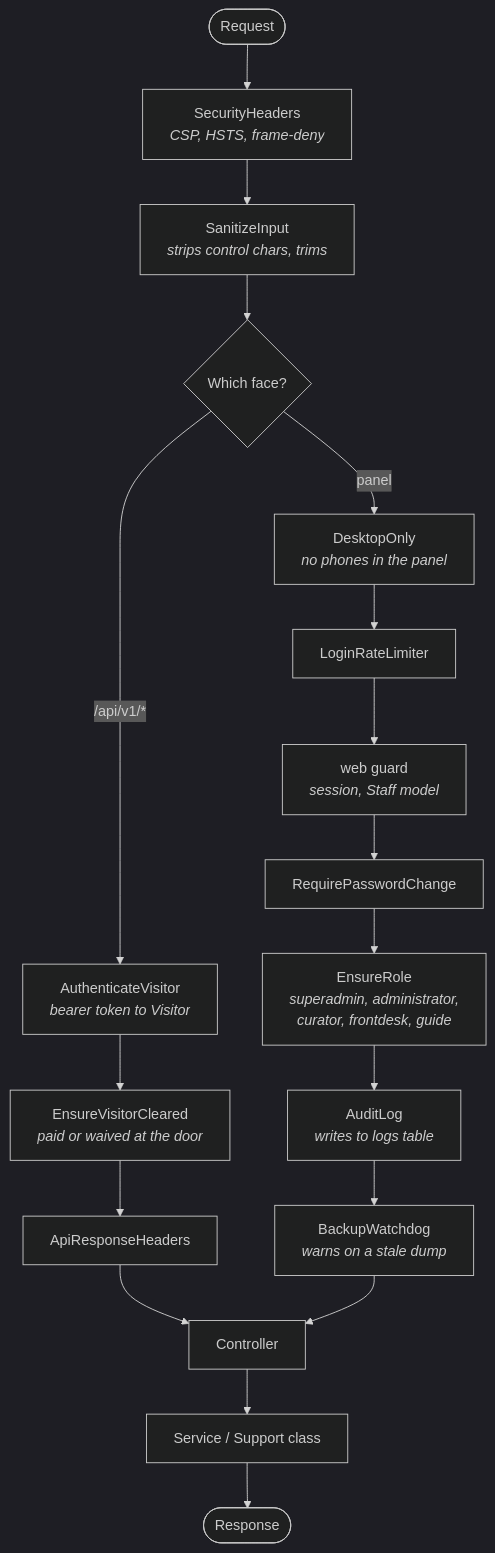
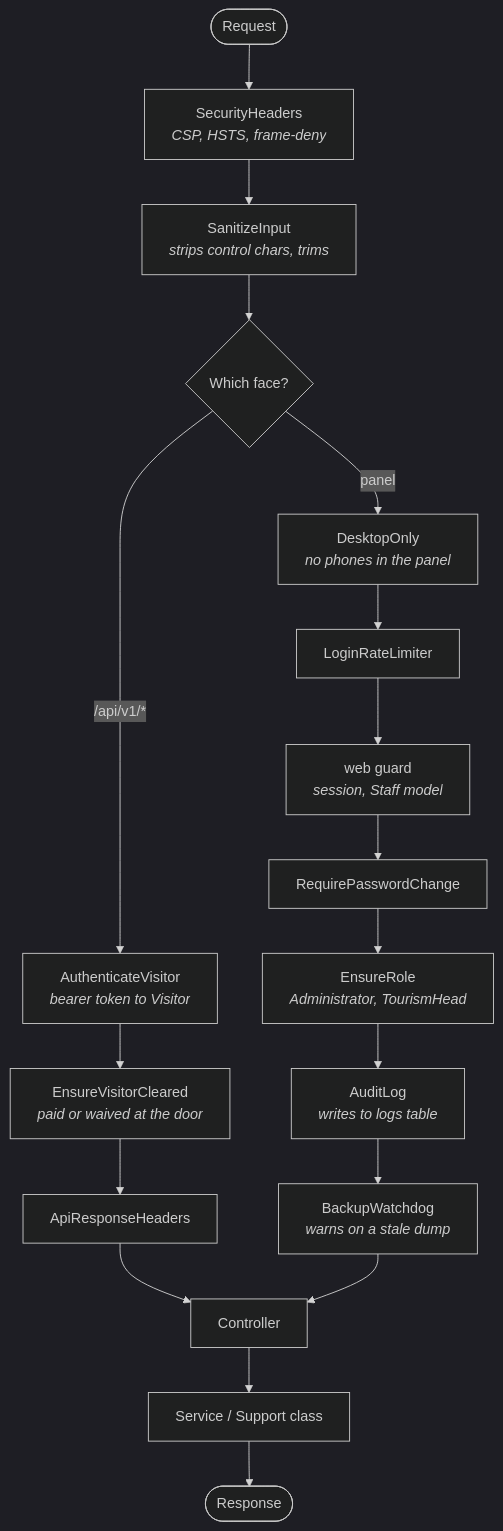
One commit to chyscre/museobaler changed the third of 7 diagrams in docs/ARCHITECTURE.md. Above: the diagram before and after it, drawn with Mermaid (dark theme). The commit also changed other lines of this file and 37 other files, not shown here.

````diff
--- a/docs/ARCHITECTURE.md
+++ b/docs/ARCHITECTURE.md
@@ -96,23 +94,23 @@
 ```mermaid
 flowchart TB
     req(["Request"]) --> headers["SecurityHeaders<br/><i>CSP, HSTS, frame-deny</i>"]
     headers --> sanitize["SanitizeInput<br/><i>strips control chars, trims</i>"]
     sanitize --> fork{"Which face?"}
 
     fork -->|"/api/v1/*"| vauth["AuthenticateVisitor<br/><i>bearer token to Visitor</i>"]
     vauth --> cleared["EnsureVisitorCleared<br/><i>paid or waived at the door</i>"]
     cleared --> apihdr["ApiResponseHeaders"]
     apihdr --> ctrl
 
     fork -->|"panel"| desk["DesktopOnly<br/><i>no phones in the panel</i>"]
     desk --> rate["LoginRateLimiter"]
     rate --> sess["web guard<br/><i>session, Staff model</i>"]
     sess --> pwchange["RequirePasswordChange"]
-    pwchange --> role["EnsureRole<br/><i>superadmin, administrator,<br/>curator, frontdesk, guide</i>"]
+    pwchange --> role["EnsureRole<br/><i>Administrator, TourismHead</i>"]
     role --> audit["AuditLog<br/><i>writes to logs table</i>"]
     audit --> watchdog["BackupWatchdog<br/><i>warns on a stale dump</i>"]
     watchdog --> ctrl
 
     ctrl["Controller"] --> svc2["Service / Support class"]
     svc2 --> resp(["Response"])
 ```
````
